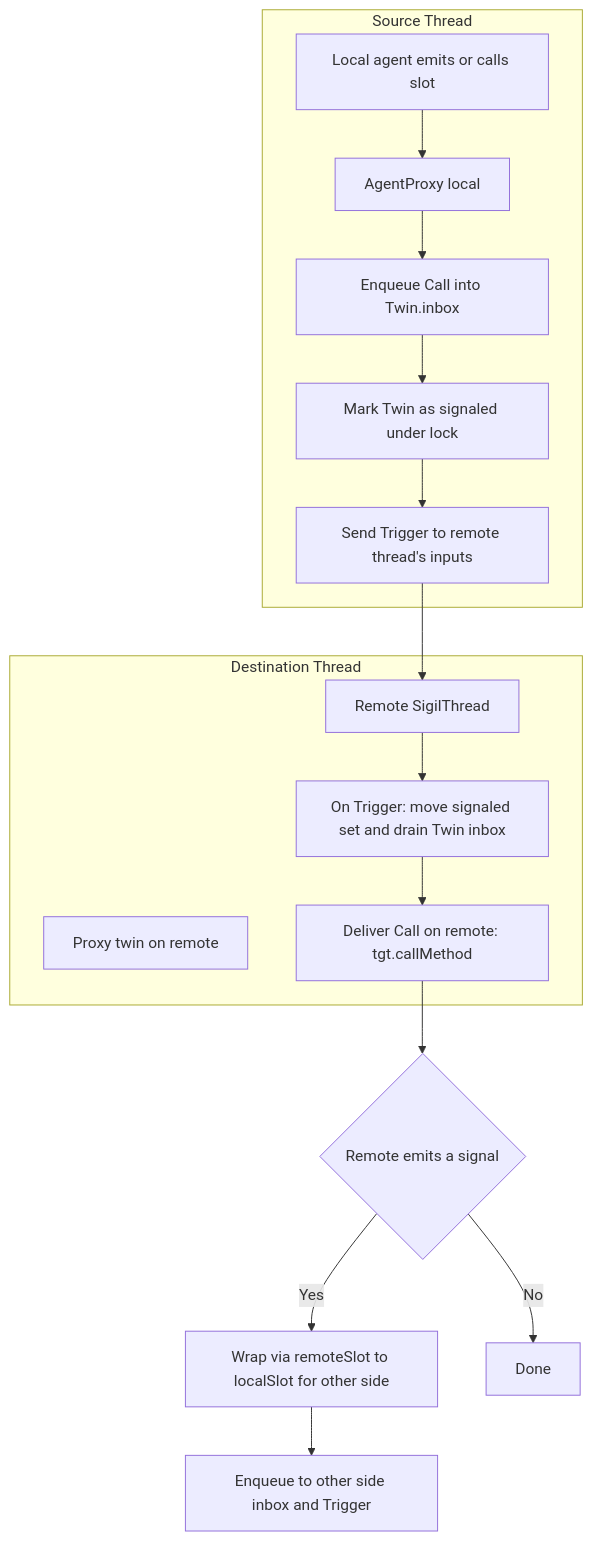
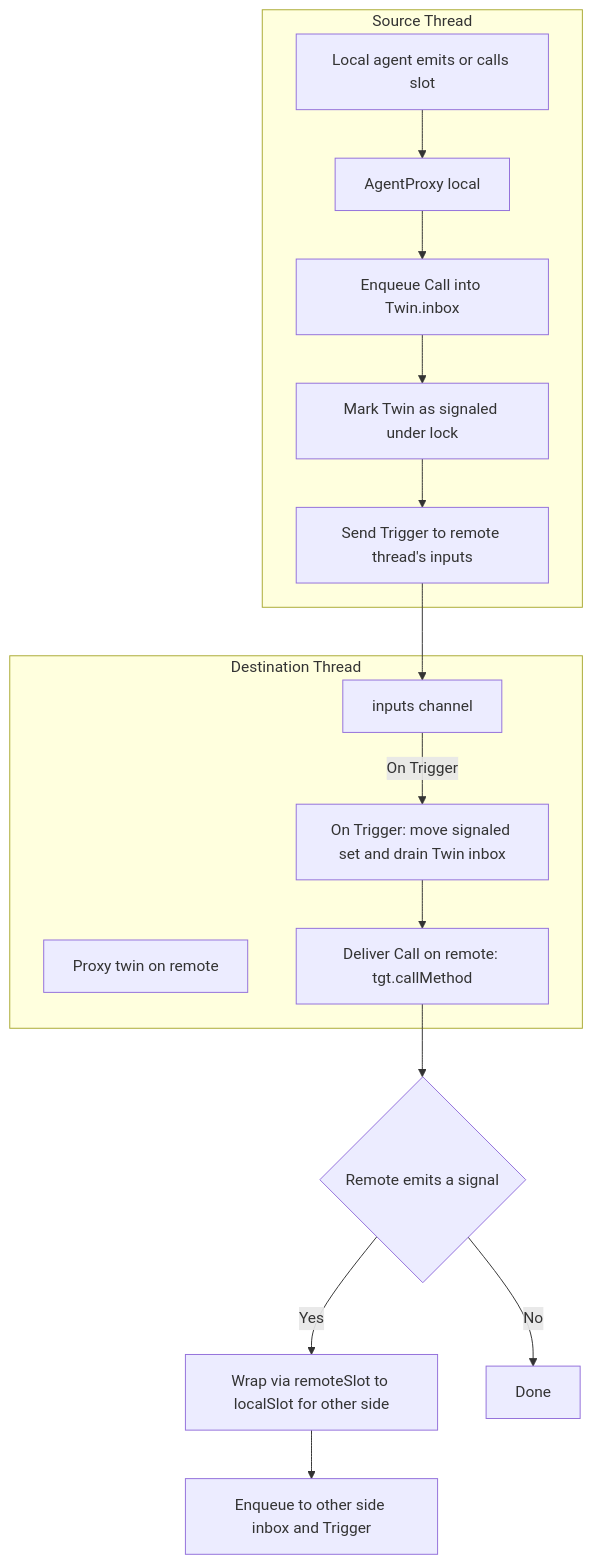
Before and after one commit to elcritch/sigils: the second of 3 diagrams in docs/threading.md, drawn with Mermaid. The commit also changed other lines of this file, not shown here.

````diff
--- a/docs/threading.md
+++ b/docs/threading.md
@@ -191,29 +191,29 @@
 ```mermaid
 flowchart TD
   subgraph ST[Source Thread]
     Caller[Local agent emits or calls slot];
     LP[AgentProxy local];
     Enqueue[Enqueue Call into Twin.inbox];
     Mark[Mark Twin as signaled under lock];
     Trigger[Send Trigger to remote thread's inputs];
     Caller --> LP;
     LP --> Enqueue;
     Enqueue --> Mark;
     Mark --> Trigger;
   end
 
   subgraph DT[Destination Thread]
     Twin[Proxy twin on remote];
-    RT[Remote SigilThread];
+    RT[inputs channel];
     Drain[On Trigger: move signaled set and drain Twin inbox];
     Deliver[Deliver Call on remote: tgt.callMethod];
   end
 
   Trigger --> RT;
-  RT --> Drain;
+  RT --On Trigger--> Drain;
   Drain --> Deliver;
   Deliver --> Back{Remote emits a signal};
   Back -- Yes --> WrapBack[Wrap via remoteSlot to localSlot for other side];
   WrapBack --> EnqueueBack[Enqueue to other side inbox and Trigger];
   Back -- No --> Done[Done];
 ```
````
